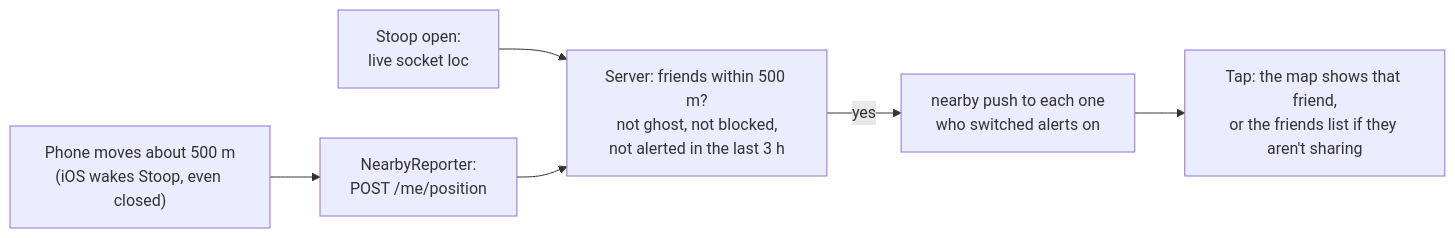
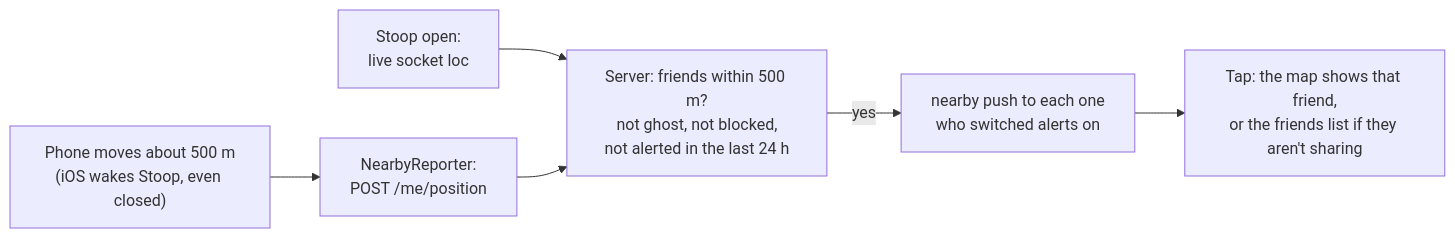
Before and after one commit to CompleteGlory/Stoop: the eighth of 12 diagrams in README.md, drawn with Mermaid. The commit also changed other lines of this file and 21 other files, not shown here.

````diff
--- a/README.md
+++ b/README.md
@@ -208,8 +208,8 @@
 ```mermaid
 flowchart LR
     move["Phone moves about 500 m<br/>(iOS wakes Stoop, even closed)"] --> rep["NearbyReporter:<br/>POST /me/position"]
     live["Stoop open:<br/>live socket loc"] --> check
-    rep --> check["Server: friends within 500 m?<br/>not ghost, not blocked,<br/>not alerted in the last 3 h"]
+    rep --> check["Server: friends within 500 m?<br/>not ghost, not blocked,<br/>not alerted in the last 24 h"]
     check -- "yes" --> push["nearby push to each one<br/>who switched alerts on"]
     push --> tap["Tap: the map shows that friend,<br/>or the friends list if they aren't sharing"]
 ```
````
